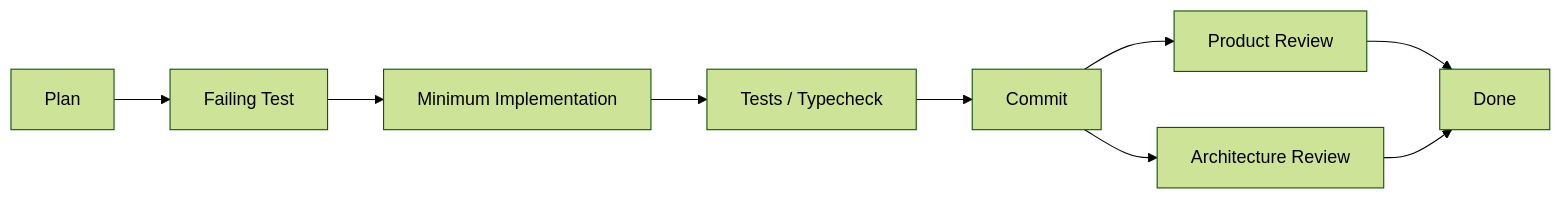
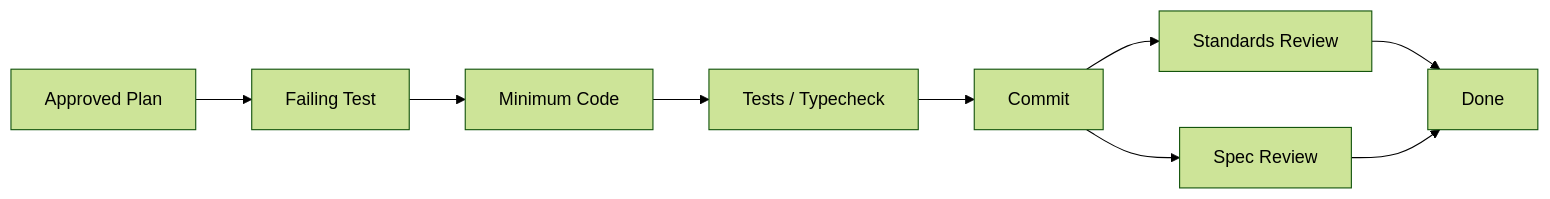
The third of 3 diagrams in README.md (omegafrog/harness-codex), drawn with Mermaid (forest theme) before and after one commit. The commit also changed other lines of this file, not shown here.

````diff
--- a/README.md
+++ b/README.md
@@ -334,11 +345,11 @@
 ```mermaid
 flowchart LR
-    A["Plan"] --> B["Failing Test"]
-    B --> C["Minimum Implementation"]
+    A["Approved Plan"] --> B["Failing Test"]
+    B --> C["Minimum Code"]
     C --> D["Tests / Typecheck"]
     D --> E["Commit"]
-    E --> F["Product Review"]
-    E --> G["Architecture Review"]
+    E --> F["Standards Review"]
+    E --> G["Spec Review"]
     F --> H["Done"]
     G --> H
 ```
````
